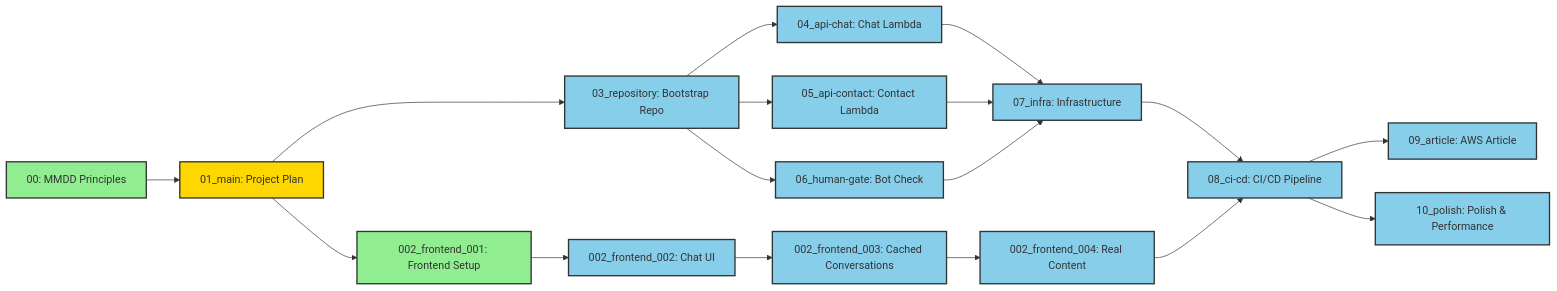
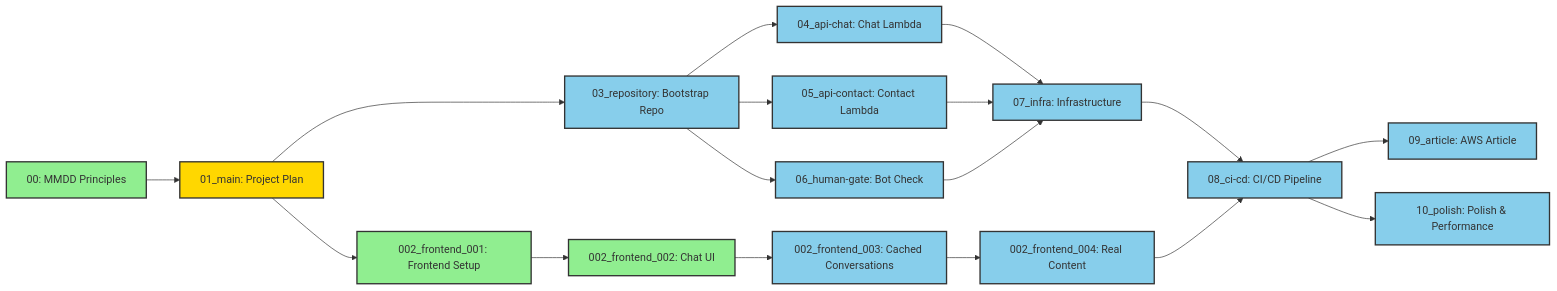
The diagram in dev_log/status.mmd (robertoallende/allende), drawn with Mermaid before and after one commit. The commit also changed 10 other files, not shown here.

```diff
--- a/dev_log/status.mmd
+++ b/dev_log/status.mmd
@@ -1,41 +1,41 @@
 %%{init: {'theme':'base', 'themeVariables': {'primaryColor': '#ffffff', 'primaryTextColor': '#333', 'primaryBorderColor': '#333', 'lineColor': '#333', 'secondaryColor': '#f0f0f0', 'tertiaryColor': '#f0f0f0', 'background': '#e8e8e8', 'mainBkg': '#e8e8e8', 'secondBkg': '#e8e8e8'}}}%%
 flowchart LR
     U00["00: MMDD Principles"]
     U01["01_main: Project Plan"]
     U002_001["002_frontend_001: Frontend Setup"]
     U002_002["002_frontend_002: Chat UI"]
     U002_003["002_frontend_003: Cached Conversations"]
     U002_004["002_frontend_004: Real Content"]
     U03["03_repository: Bootstrap Repo"]
     U04["04_api-chat: Chat Lambda"]
     U05["05_api-contact: Contact Lambda"]
     U06["06_human-gate: Bot Check"]
     U07["07_infra: Infrastructure"]
     U08["08_ci-cd: CI/CD Pipeline"]
     U09["09_article: AWS Article"]
     U10["10_polish: Polish & Performance"]
 
     U00 --> U01
     U01 --> U002_001
     U002_001 --> U002_002
     U002_002 --> U002_003
     U002_003 --> U002_004
     U01 --> U03
     U03 --> U04
     U03 --> U05
     U03 --> U06
     U04 --> U07
     U05 --> U07
     U06 --> U07
     U07 --> U08
     U002_004 --> U08
     U08 --> U09
     U08 --> U10
 
     classDef completed fill:#90EE90,stroke:#333,stroke-width:2px
     classDef inProgress fill:#FFD700,stroke:#333,stroke-width:2px
     classDef planned fill:#87CEEB,stroke:#333,stroke-width:2px
 
-    class U00,U002_001 completed
+    class U00,U002_001,U002_002 completed
     class U01 inProgress
-    class U002_002,U002_003,U002_004,U03,U04,U05,U06,U07,U08,U09,U10 planned
+    class U002_003,U002_004,U03,U04,U05,U06,U07,U08,U09,U10 planned
```
